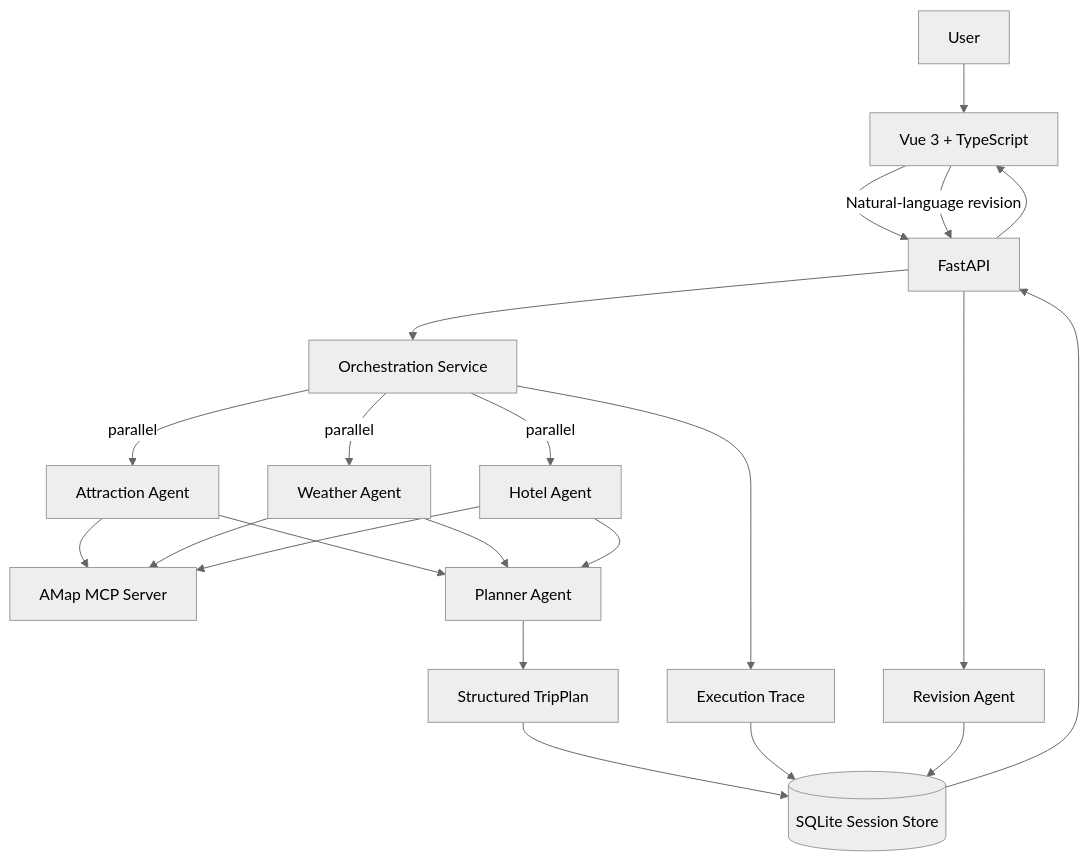
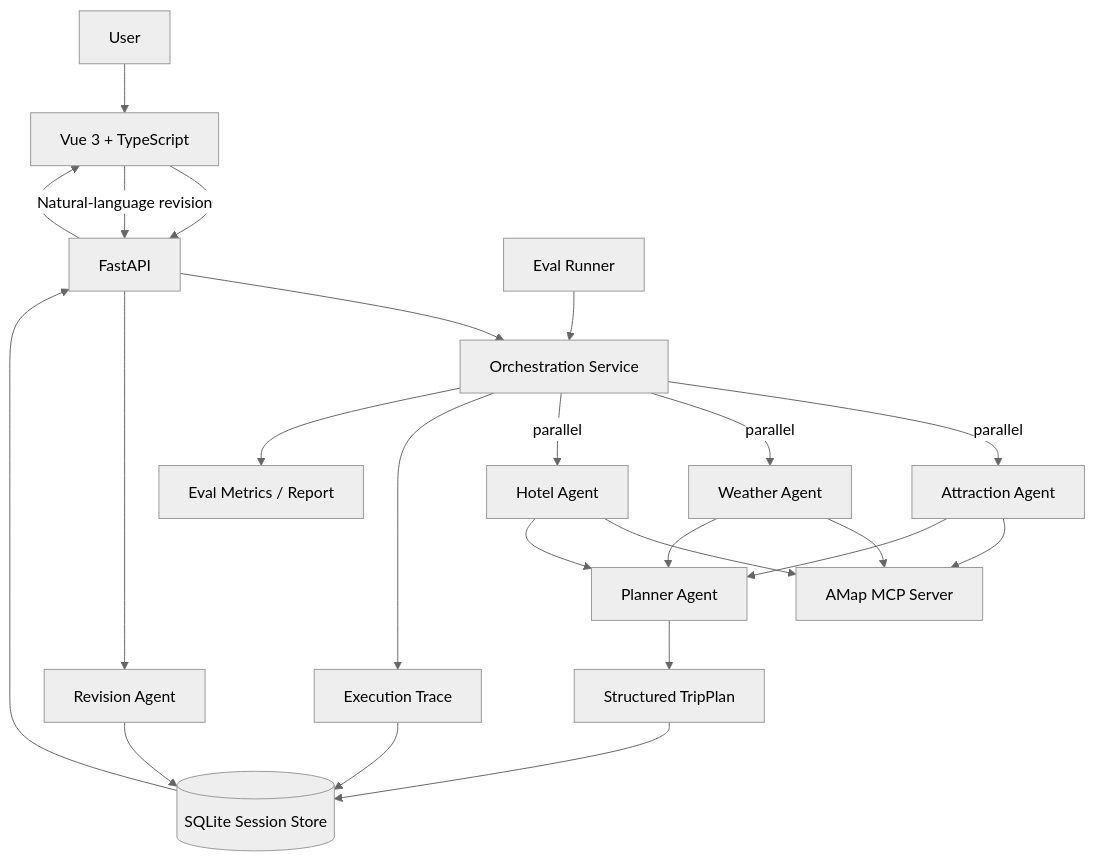
One commit to geomini1989-cpu/helloagents-trip-planner changed the diagram in README.md. Above: the diagram before and after it, drawn with Mermaid (neutral theme). The commit also changed other lines of this file, not shown here.

Commit message:
docs: document eval and reliability architecture

````diff
--- a/README.md
+++ b/README.md
@@ -21,30 +23,33 @@
 ```mermaid
 flowchart TD
     U[User] --> FE[Vue 3 + TypeScript]
     FE --> API[FastAPI]
     API --> O[Orchestration Service]
 
     O -->|parallel| A[Attraction Agent]
     O -->|parallel| W[Weather Agent]
     O -->|parallel| H[Hotel Agent]
 
     A --> MCP[AMap MCP Server]
     W --> MCP
     H --> MCP
 
     A --> P[Planner Agent]
     W --> P
     H --> P
 
     P --> TP[Structured TripPlan]
     TP --> DB[(SQLite Session Store)]
     O --> T[Execution Trace]
     T --> DB
 
     DB --> API
     API --> FE
 
     FE -->|Natural-language revision| API
     API --> R[Revision Agent]
     R --> DB
+
+    E[Eval Runner] --> O
+    O --> ER[Eval Metrics / Report]
 ```
````
